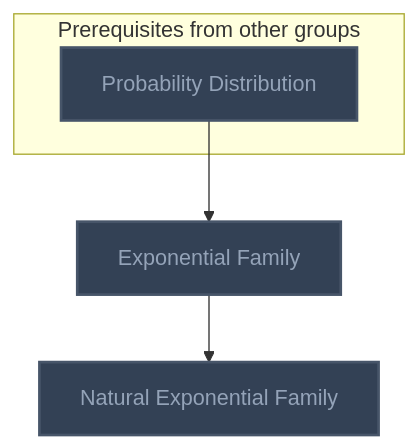
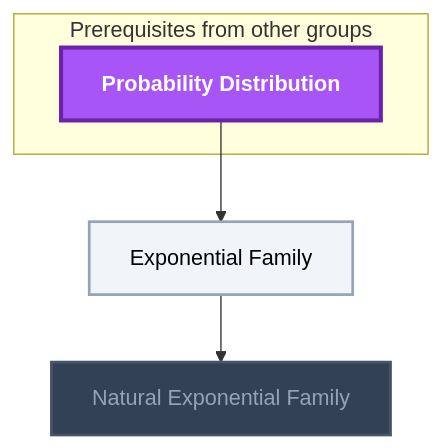
One commit to MRauf1/My-Notes changed the fourth of 11 diagrams in Gamification/Skill Trees/Categorical Variable Prediction.md. Above: the diagram before and after it, drawn with Mermaid. The commit also changed other lines of this file and 145 other files, not shown here.

````diff
--- a/Gamification/Skill Trees/Categorical Variable Prediction.md
+++ b/Gamification/Skill Trees/Categorical Variable Prediction.md
@@ -206,21 +208,23 @@
 ```mermaid
 flowchart TD
     classDef planned fill:#1E293B,stroke:#64748B,stroke-width:2px,stroke-dasharray:5 5,color:#94A3B8;
     classDef locked fill:#334155,stroke:#475569,stroke-width:2px,color:#94A3B8;
     classDef L0 fill:#F1F5F9,stroke:#94A3B8,stroke-width:2px,color:#000000;
     classDef L1 fill:#22C55E,stroke:#15803D,stroke-width:2px,color:#000000;
     classDef L2 fill:#3B82F6,stroke:#1D4ED8,stroke-width:3px,color:#FFFFFF;
     classDef L3 fill:#A855F7,stroke:#6B21A8,stroke-width:3px,color:#FFFFFF,font-weight:bold;
     classDef L4 fill:#F97316,stroke:#C2410C,stroke-width:4px,color:#000000,font-weight:bold;
     classDef L5 fill:#FFD700,stroke:#FF8C00,stroke-width:5px,color:#000000,font-weight:bold;
     classDef rusty stroke:#8B4513,stroke-width:4px,stroke-dasharray:3 3;
     subgraph sg_prereqs["Prerequisites from other groups"]
         n_probability_distribution["Probability Distribution"]
     end
     n_exponential_family["Exponential Family"]
     n_natural_exponential_family["Natural Exponential Family"]
     n_probability_distribution --> n_exponential_family
     n_exponential_family --> n_natural_exponential_family
-    class n_probability_distribution,n_exponential_family,n_natural_exponential_family locked;
+    class n_natural_exponential_family locked;
+    class n_exponential_family L0;
+    class n_probability_distribution L3;
     class n_probability_distribution,n_exponential_family,n_natural_exponential_family internal-link;
 ```
````
